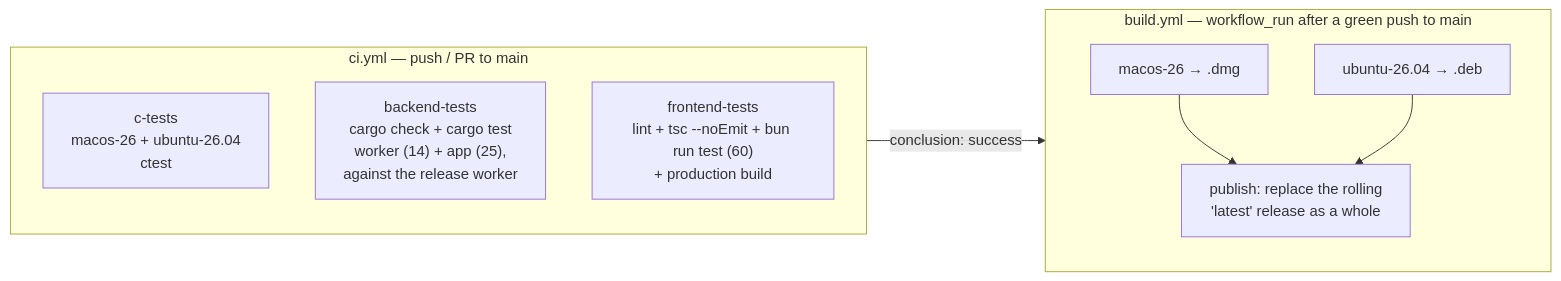
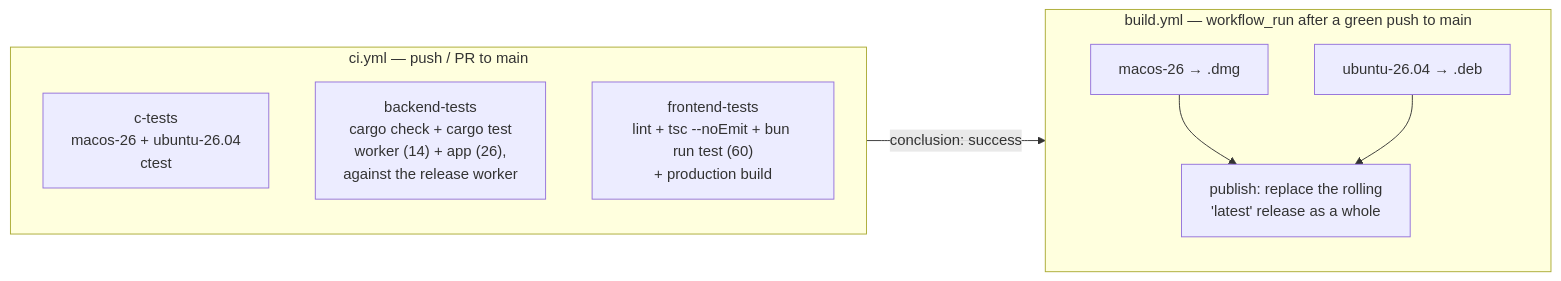
Before and after one commit to sersergious/surface-evolver: the sixth of 6 diagrams in ARCHITECTURE.md, drawn with Mermaid. The commit also changed other lines of this file and 19 other files, not shown here.

````diff
--- a/ARCHITECTURE.md
+++ b/ARCHITECTURE.md
@@ -297,17 +297,17 @@
 ```mermaid
 flowchart LR
     subgraph CI["ci.yml — push / PR to main"]
         direction TB
         C1["c-tests<br/>macos-26 + ubuntu-26.04<br/>ctest"]
-        C2["backend-tests<br/>cargo check + cargo test<br/>worker (14) + app (25),<br/>against the release worker"]
+        C2["backend-tests<br/>cargo check + cargo test<br/>worker (14) + app (26),<br/>against the release worker"]
         C3["frontend-tests<br/>lint + tsc --noEmit + bun run test (60)<br/>+ production build"]
     end
     subgraph BUILD["build.yml — workflow_run after a green push to main"]
         direction TB
         B1["macos-26 → .dmg"]
         B2["ubuntu-26.04 → .deb"]
         B1 --> REL["publish: replace the rolling<br/>'latest' release as a whole"]
         B2 --> REL
     end
     CI -- "conclusion: success" --> BUILD
 ```
````
